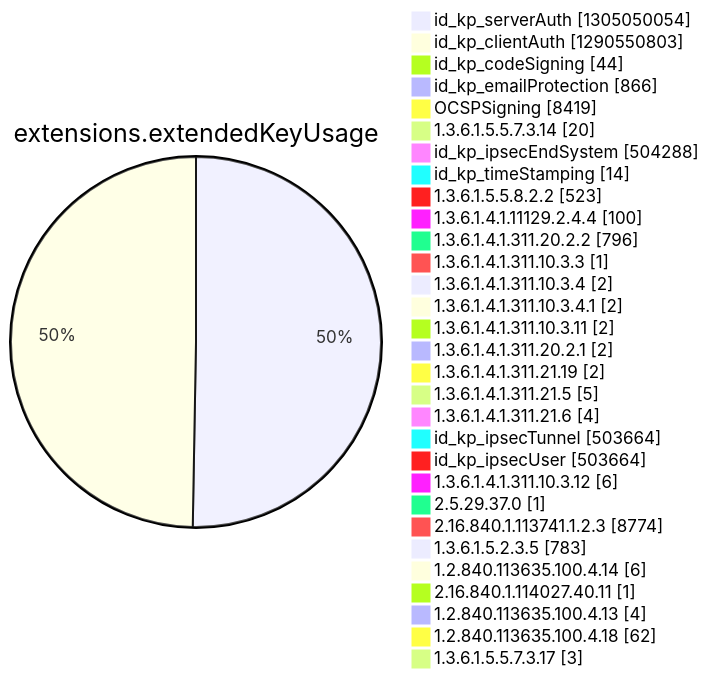
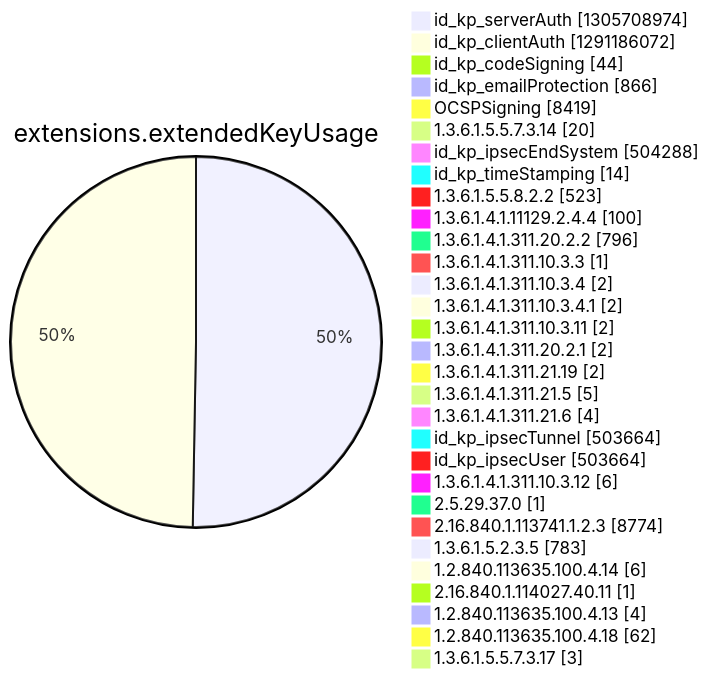
Diagram 12 of 15 in argon2022/README.md (christiankrug/ctmonitor_visualization), drawn with Mermaid before and after one commit. The commit also changed other lines of this file, not shown here.

````diff
--- a/argon2022/README.md
+++ b/argon2022/README.md
@@ -3551,34 +3551,34 @@
 ```mermaid
 pie showData
 title extensions.extendedKeyUsage
-"id_kp_serverAuth" :1305050054
-"id_kp_clientAuth" :1290550803
+"id_kp_serverAuth" :1305708974
+"id_kp_clientAuth" :1291186072
 "id_kp_codeSigning" :44
 "id_kp_emailProtection" :866
 "OCSPSigning" :8419
 "1.3.6.1.5.5.7.3.14" :20
 "id_kp_ipsecEndSystem" :504288
 "id_kp_timeStamping" :14
 "1.3.6.1.5.5.8.2.2" :523
 "1.3.6.1.4.1.11129.2.4.4" :100
 "1.3.6.1.4.1.311.20.2.2" :796
 "1.3.6.1.4.1.311.10.3.3" :1
 "1.3.6.1.4.1.311.10.3.4" :2
 "1.3.6.1.4.1.311.10.3.4.1" :2
 "1.3.6.1.4.1.311.10.3.11" :2
 "1.3.6.1.4.1.311.20.2.1" :2
 "1.3.6.1.4.1.311.21.19" :2
 "1.3.6.1.4.1.311.21.5" :5
 "1.3.6.1.4.1.311.21.6" :4
 "id_kp_ipsecTunnel" :503664
 "id_kp_ipsecUser" :503664
 "1.3.6.1.4.1.311.10.3.12" :6
 "2.5.29.37.0" :1
 "2.16.840.1.113741.1.2.3" :8774
 "1.3.6.1.5.2.3.5" :783
 "1.2.840.113635.100.4.14" :6
 "2.16.840.1.114027.40.11" :1
 "1.2.840.113635.100.4.13" :4
 "1.2.840.113635.100.4.18" :62
 "1.3.6.1.5.5.7.3.17" :3
 ```
````
